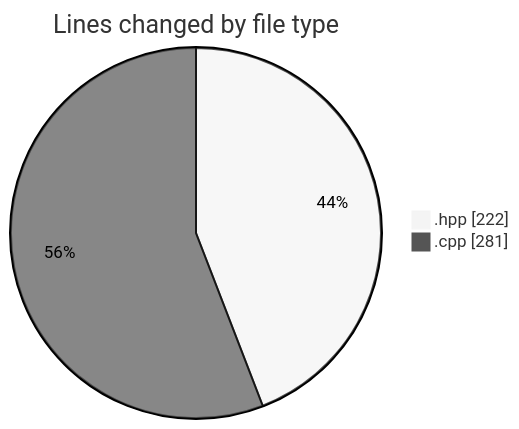
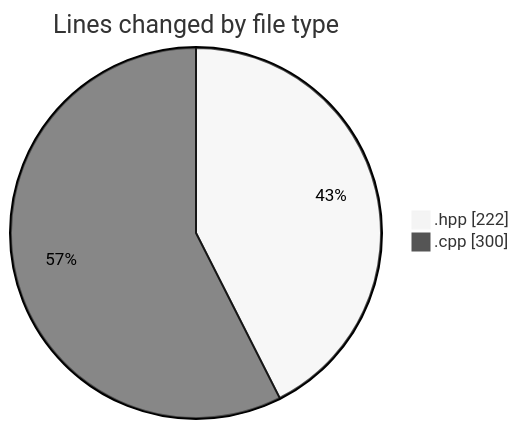
One commit to Netris89/code-tracking changed the first of 2 diagrams in 2025-05-03/date/README.md. Above: the diagram before and after it, drawn with Mermaid (neutral theme). The commit also changed other lines of this file and 1 other file, not shown here.

````diff
--- a/2025-05-03/date/README.md
+++ b/2025-05-03/date/README.md
@@ -28,6 +28,6 @@
 ```mermaid
 pie showData
 title Lines changed by file type
 ".hpp" : 222
-".cpp" : 281
+".cpp" : 300
 ```
````
